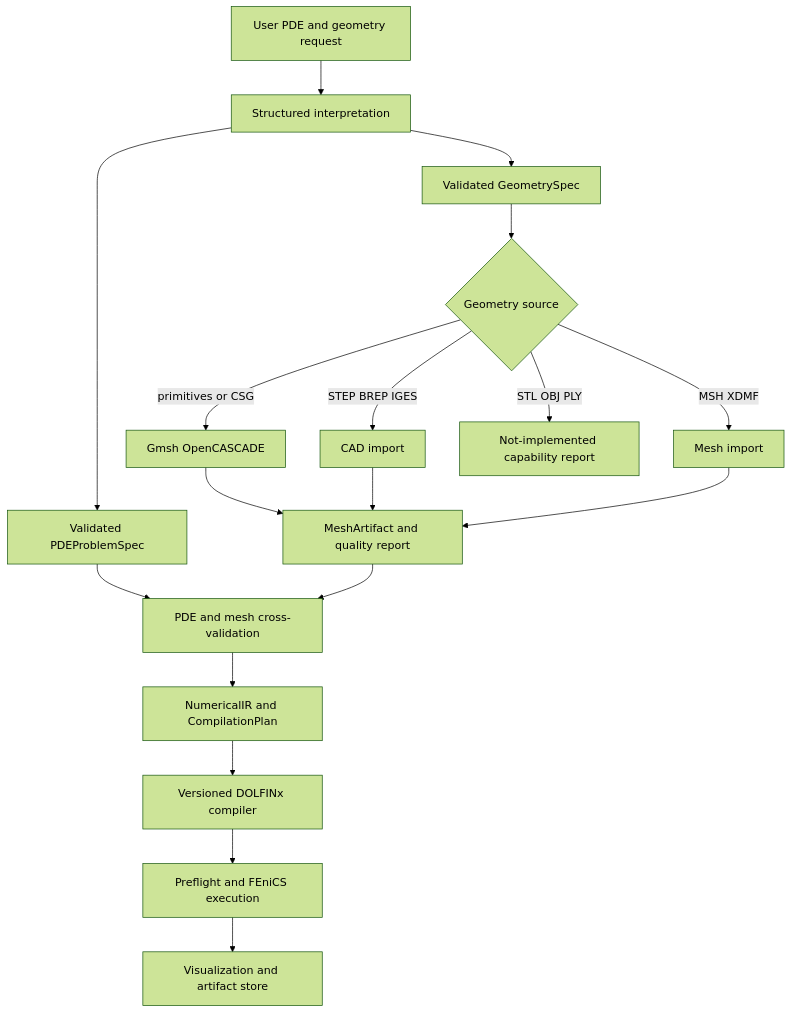
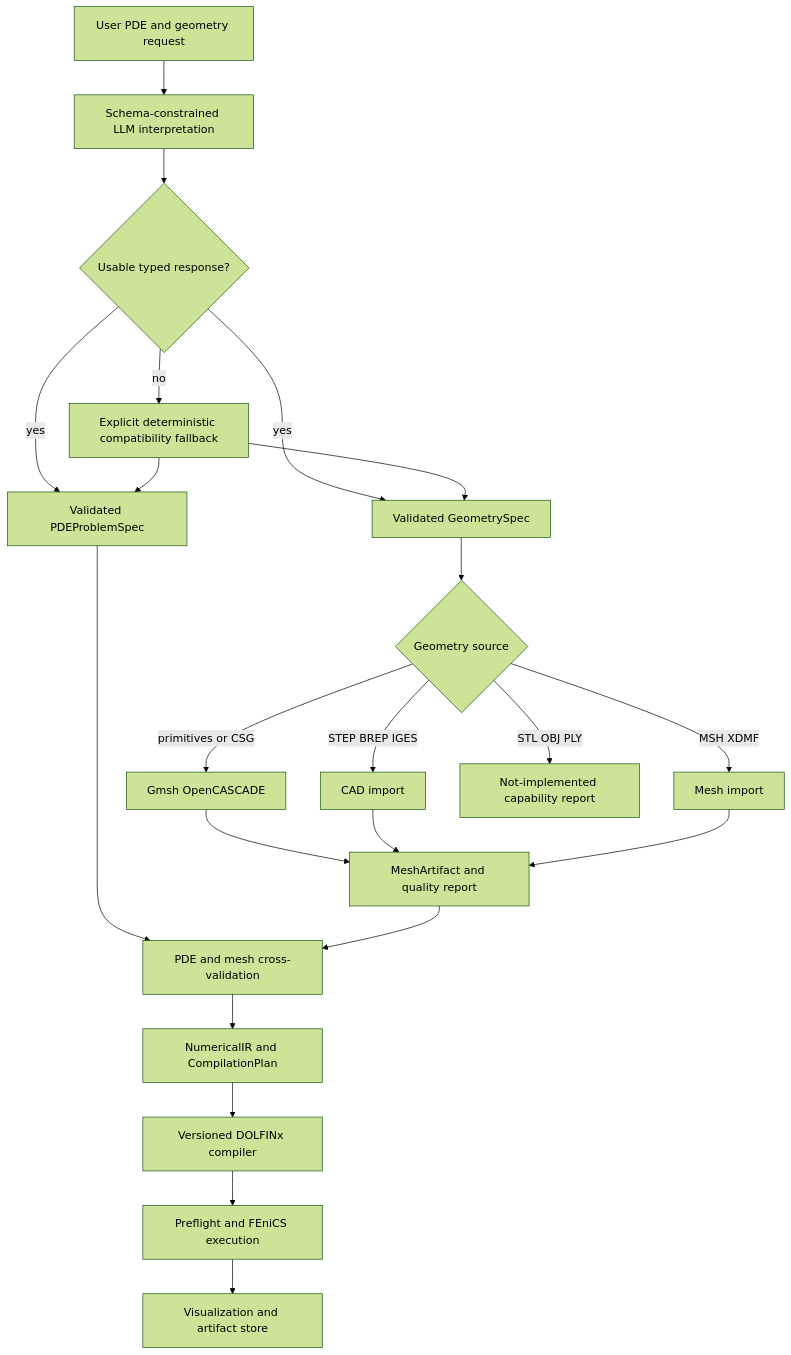
Before and after one commit to RadmirG/AES: the eighth of 10 diagrams in docs/architecture.md, drawn with Mermaid (forest theme). The commit also changed other lines of this file and 19 other files, not shown here.

Commit message:
Bug fixing for combined typed PDE and geometry pipeline

````diff
--- a/docs/architecture.md
+++ b/docs/architecture.md
@@ -261,20 +261,24 @@
 ```mermaid
 flowchart TD
-    A["User PDE and geometry request"] --> B["Structured interpretation"]
-    B --> C["Validated PDEProblemSpec"]
-    B --> D["Validated GeometrySpec"]
+    A["User PDE and geometry request"] --> B["Schema-constrained LLM interpretation"]
+    B --> BI{"Usable typed response?"}
+    BI -->|yes| C["Validated PDEProblemSpec"]
+    BI -->|yes| D["Validated GeometrySpec"]
+    BI -->|no| BF["Explicit deterministic compatibility fallback"]
+    BF --> C
+    BF --> D
     D --> E{"Geometry source"}
     E -->|primitives or CSG| F["Gmsh OpenCASCADE"]
     E -->|STEP BREP IGES| G["CAD import"]
     E -->|MSH XDMF| H["Mesh import"]
     E -->|STL OBJ PLY| I["Not-implemented capability report"]
     F --> J["MeshArtifact and quality report"]
     G --> J
     H --> J
     C --> K["PDE and mesh cross-validation"]
     J --> K
     K --> L["NumericalIR and CompilationPlan"]
     L --> M["Versioned DOLFINx compiler"]
     M --> N["Preflight and FEniCS execution"]
     N --> O["Visualization and artifact store"]
 ```
````
